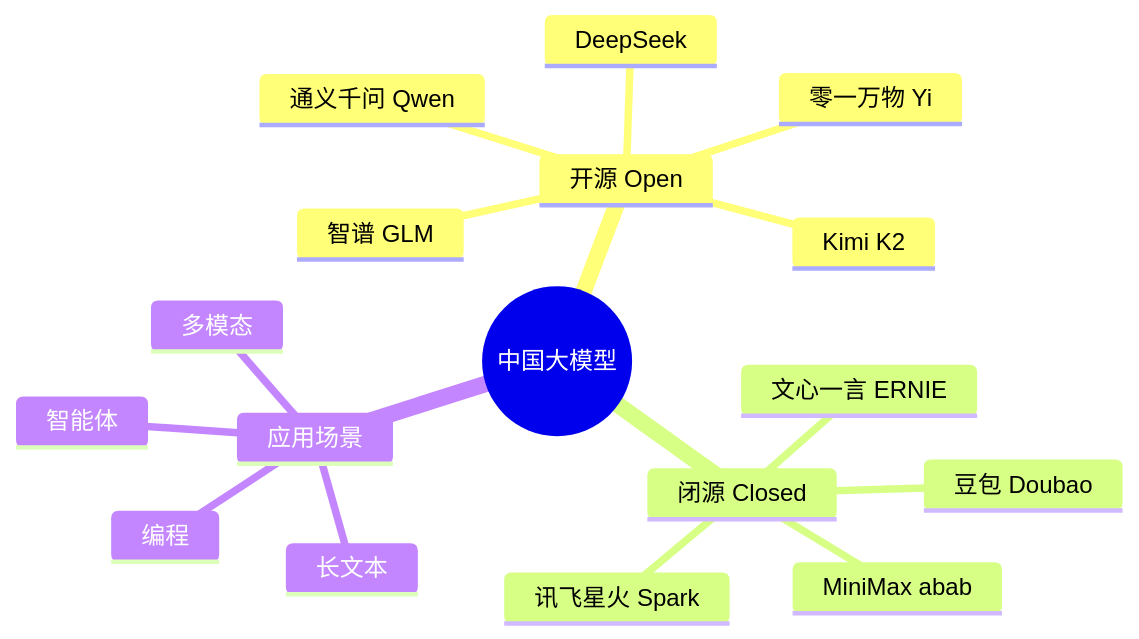
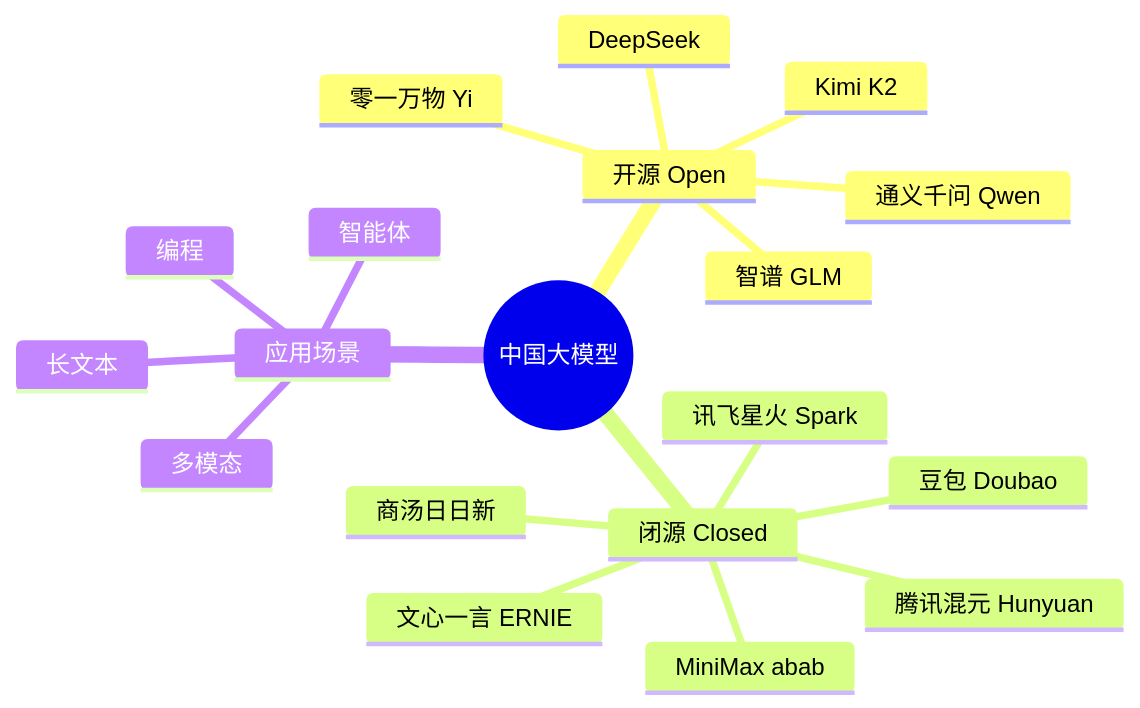
One commit to HoobenWang/awesome-llm-landscape changed the second of 2 diagrams in README.zh-CN.md. Above: the diagram before and after it, drawn with Mermaid. The commit also changed other lines of this file and 2 other files, not shown here.

````diff
--- a/README.zh-CN.md
+++ b/README.zh-CN.md
@@ -124,20 +139,22 @@
 ```mermaid
 mindmap
   root((中国大模型))
     开源 Open
       DeepSeek
       通义千问 Qwen
       智谱 GLM
       Kimi K2
       零一万物 Yi
     闭源 Closed
       文心一言 ERNIE
       豆包 Doubao
+      腾讯混元 Hunyuan
+      商汤日日新
       讯飞星火 Spark
       MiniMax abab
     应用场景
       长文本
       编程
       智能体
       多模态
 ```
````
